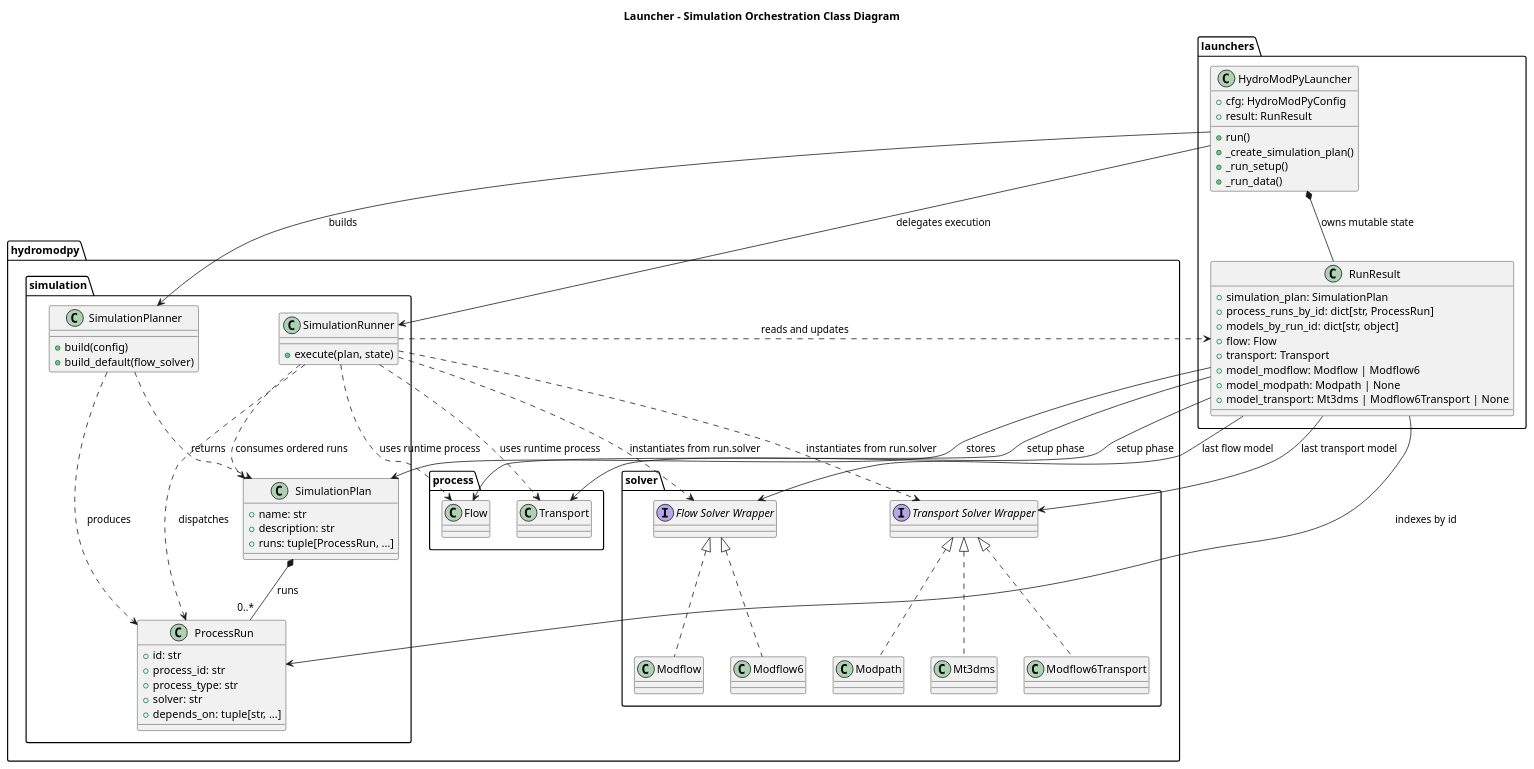
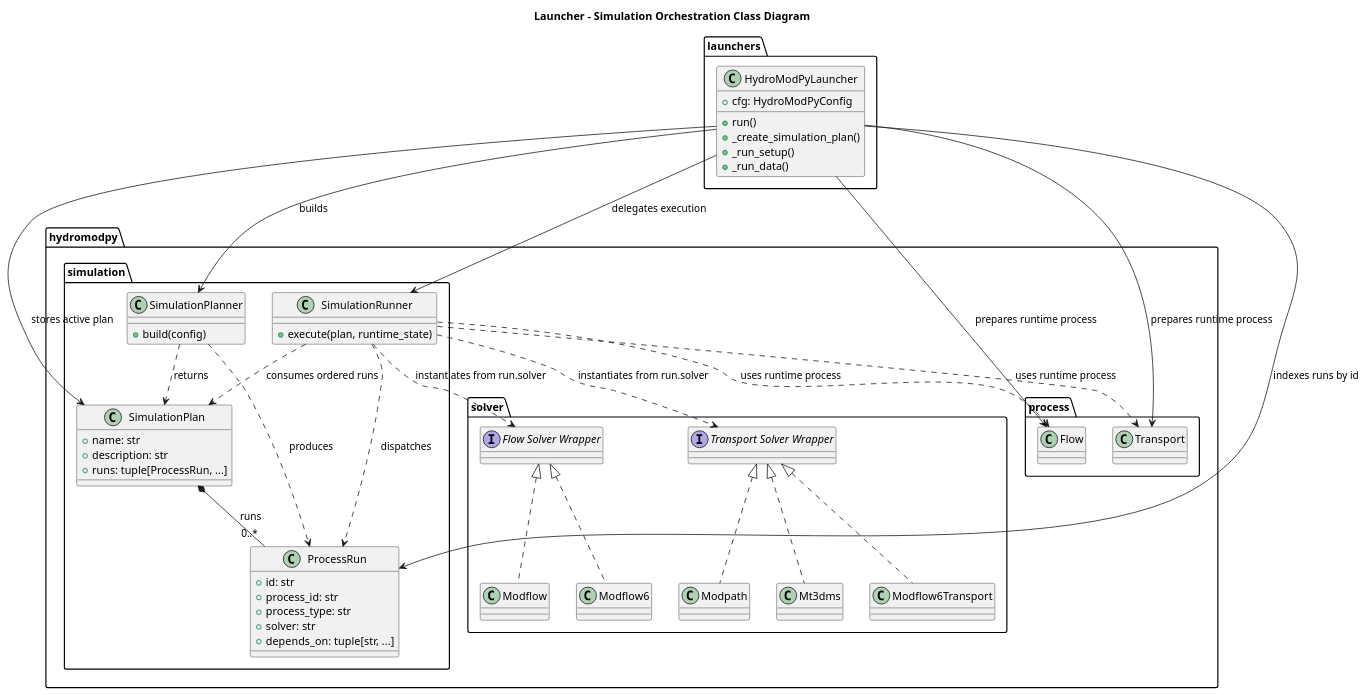
The diagram in docs/readthedocs/source/architecture/simulation/diagrams/launcher_simulation_orchestration_class.wsd (HydroModPy/HydroModPy), drawn with PlantUML before and after one commit. The commit also changed 7 other files, not shown here.

Commit message:
Document simulation orchestration flow

```diff
--- a/docs/readthedocs/source/architecture/simulation/diagrams/launcher_simulation_orchestration_class.wsd
+++ b/docs/readthedocs/source/architecture/simulation/diagrams/launcher_simulation_orchestration_class.wsd
@@ -1,97 +1,80 @@
 @startuml
 title Launcher - Simulation Orchestration Class Diagram
 
 package "launchers" {
   class HydroModPyLauncher {
     +cfg: HydroModPyConfig
-    +result: RunResult
     +run()
     +_create_simulation_plan()
     +_run_setup()
     +_run_data()
-  }
-
-  class RunResult {
-    +simulation_plan: SimulationPlan
-    +process_runs_by_id: dict[str, ProcessRun]
-    +models_by_run_id: dict[str, object]
-    +flow: Flow
-    +transport: Transport
-    +model_modflow: Modflow | Modflow6
-    +model_modpath: Modpath | None
-    +model_transport: Mt3dms | Modflow6Transport | None
   }
 }
 
 package "hydromodpy.simulation" {
   class SimulationPlanner {
     +build(config)
-    +build_default(flow_solver)
   }
 
   class SimulationPlan {
     +name: str
     +description: str
     +runs: tuple[ProcessRun, ...]
   }
 
   class ProcessRun {
     +id: str
     +process_id: str
     +process_type: str
     +solver: str
     +depends_on: tuple[str, ...]
   }
 
   class SimulationRunner {
-    +execute(plan, state)
+    +execute(plan, runtime_state)
   }
 }
 
 package "hydromodpy.process" {
   class Flow
   class Transport
 }
 
 package "hydromodpy.solver" {
   interface "Flow Solver Wrapper" as FlowSolver
   class Modflow
   class Modflow6
 
   interface "Transport Solver Wrapper" as TransportSolver
   class Modpath
   class Mt3dms
   class Modflow6Transport
 }
 
 HydroModPyLauncher --> SimulationPlanner : builds
 HydroModPyLauncher --> SimulationRunner : delegates execution
-HydroModPyLauncher *-- RunResult : owns mutable state
 
 SimulationPlanner ..> SimulationPlan : returns
 SimulationPlanner ..> ProcessRun : produces
 
 SimulationPlan *-- "0..*" ProcessRun : runs
 
-RunResult --> SimulationPlan : stores
-RunResult --> ProcessRun : indexes by id
-RunResult --> Flow : setup phase
-RunResult --> Transport : setup phase
-RunResult --> FlowSolver : last flow model
-RunResult --> TransportSolver : last transport model
+HydroModPyLauncher --> SimulationPlan : stores active plan
+HydroModPyLauncher --> ProcessRun : indexes runs by id
+HydroModPyLauncher --> Flow : prepares runtime process
+HydroModPyLauncher --> Transport : prepares runtime process
 
 SimulationRunner ..> SimulationPlan : consumes ordered runs
-SimulationRunner ..> RunResult : reads and updates
 SimulationRunner ..> ProcessRun : dispatches
 SimulationRunner ..> Flow : uses runtime process
 SimulationRunner ..> Transport : uses runtime process
 SimulationRunner ..> FlowSolver : instantiates from run.solver
 SimulationRunner ..> TransportSolver : instantiates from run.solver
 
 FlowSolver <|.. Modflow
 FlowSolver <|.. Modflow6
 
 TransportSolver <|.. Modpath
 TransportSolver <|.. Mt3dms
 TransportSolver <|.. Modflow6Transport
 @enduml
```
